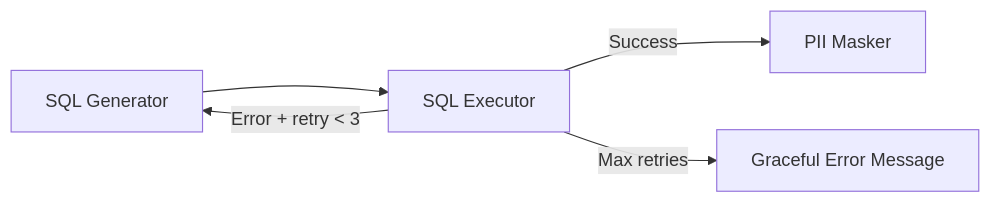
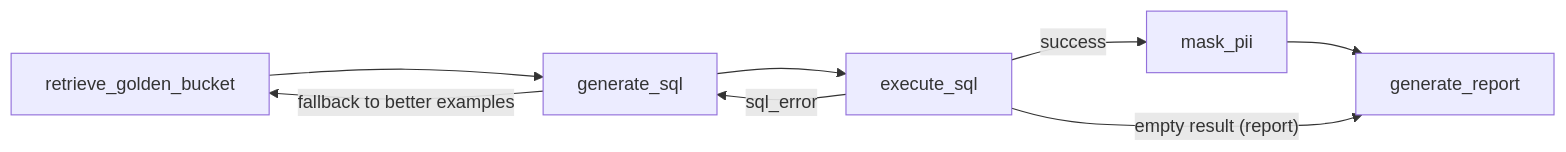
The second of 2 diagrams in docs/architecture.md (AlbanXhepi21/retail-analytics-agent), drawn with Mermaid before and after one commit. The commit also changed other lines of this file and 40 other files, not shown here.

````diff
--- a/docs/architecture.md
+++ b/docs/architecture.md
@@ -109,7 +91,13 @@
 ```mermaid
 flowchart LR
-    A[SQL Generator] --> B[SQL Executor]
-    B -->|"Error + retry < 3"| A
-    B -->|"Success"| C[PII Masker]
-    B -->|"Max retries"| D[Graceful Error Message]
+    GB[retrieve_golden_bucket] --> GS[generate_sql]
+    GS --> EX[execute_sql]
+
+    EX -->|"sql_error"| GS
+    GS -->|"fallback to better examples"| GB
+
+    EX -->|"success"| PM[mask_pii]
+    PM --> RG[generate_report]
+
+    EX -->|"empty result (report)"| RG
 ```
````
